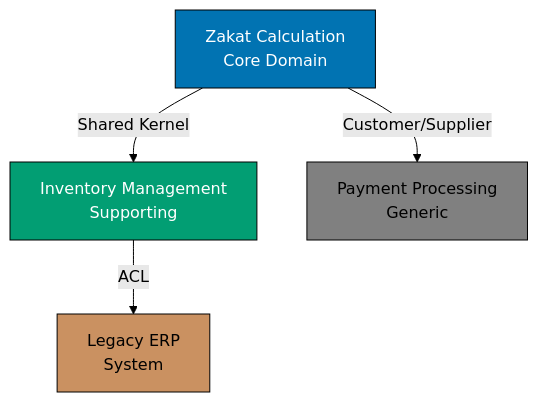
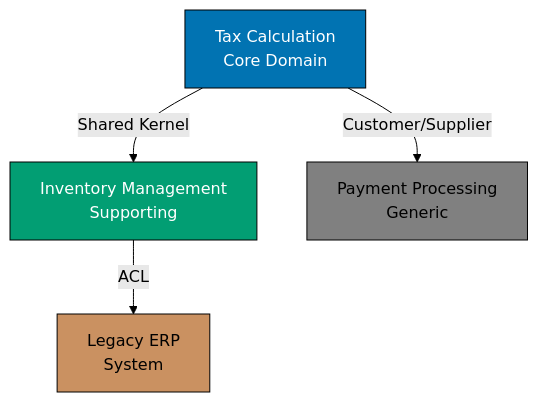
Before and after one commit to wahidyankf/open-sharia-enterprise: the seventh of 9 diagrams in docs/explanation/software/architecture/domain-driven-design-ddd/templates/ex-so-ar-dodrdedd-te__color-palette.md, drawn with Mermaid (forest theme). The commit also changed other lines of this file and 94 other files, not shown here.

````diff
--- a/docs/explanation/software/architecture/domain-driven-design-ddd/templates/ex-so-ar-dodrdedd-te__color-palette.md
+++ b/docs/explanation/software/architecture/domain-driven-design-ddd/templates/ex-so-ar-dodrdedd-te__color-palette.md
@@ -187,16 +187,16 @@
 ```mermaid
 graph TD
-    ZC[Zakat Calculation<br/>Core Domain]
+    ZC[Tax Calculation<br/>Core Domain]
     IM[Inventory Management<br/>Supporting]
     PAY[Payment Processing<br/>Generic]
     ERP[Legacy ERP<br/>System]
 
     ZC -->|"Shared Kernel"| IM
     ZC -->|"Customer/Supplier"| PAY
     IM -->|"ACL"| ERP
 
     style ZC fill:#0173B2,stroke:#000,color:#FFFFFF
     style IM fill:#029E73,stroke:#000,color:#FFFFFF
     style PAY fill:#808080,stroke:#000,color:#000000
     style ERP fill:#CA9161,stroke:#000,color:#000000
 ```
````
